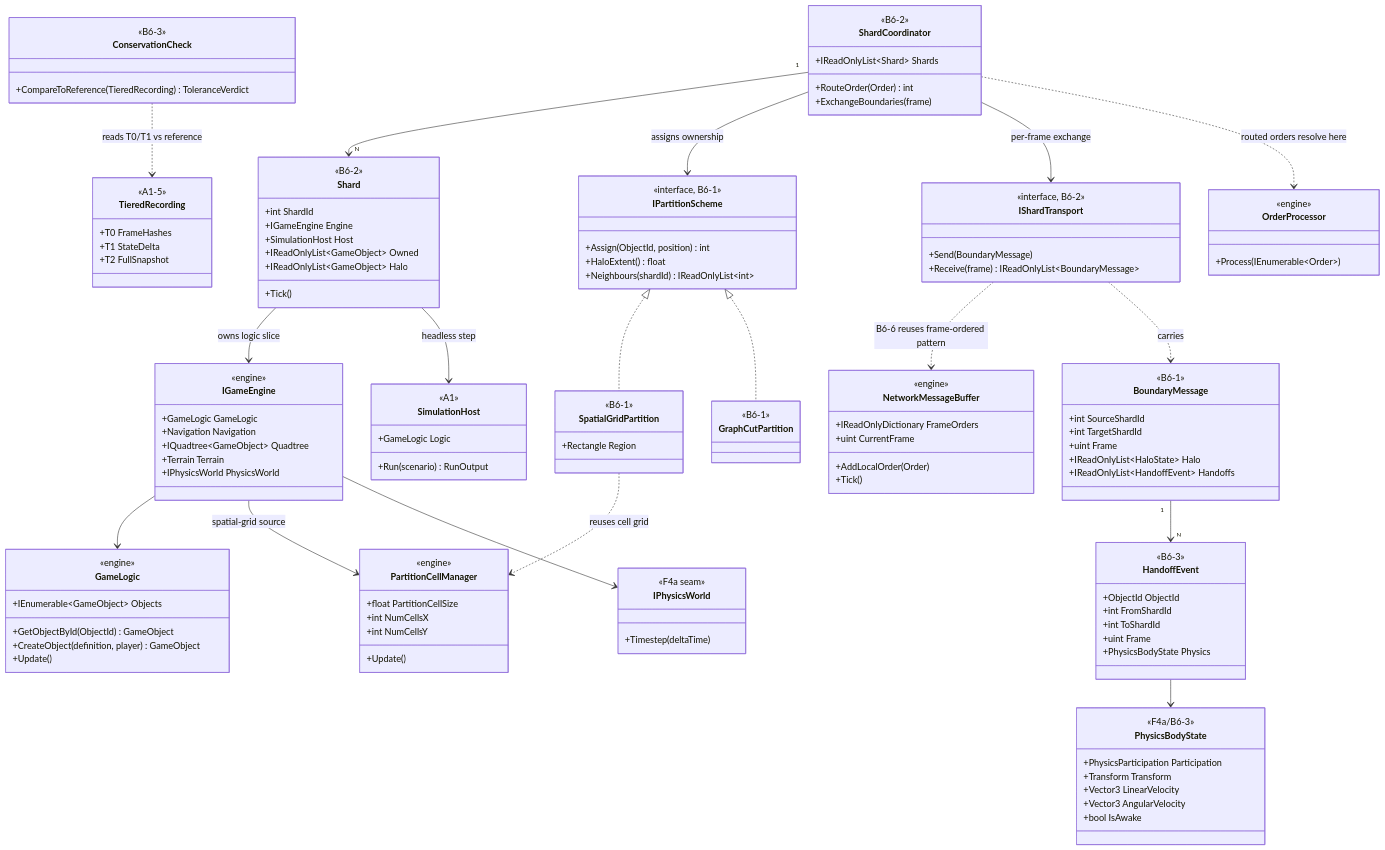
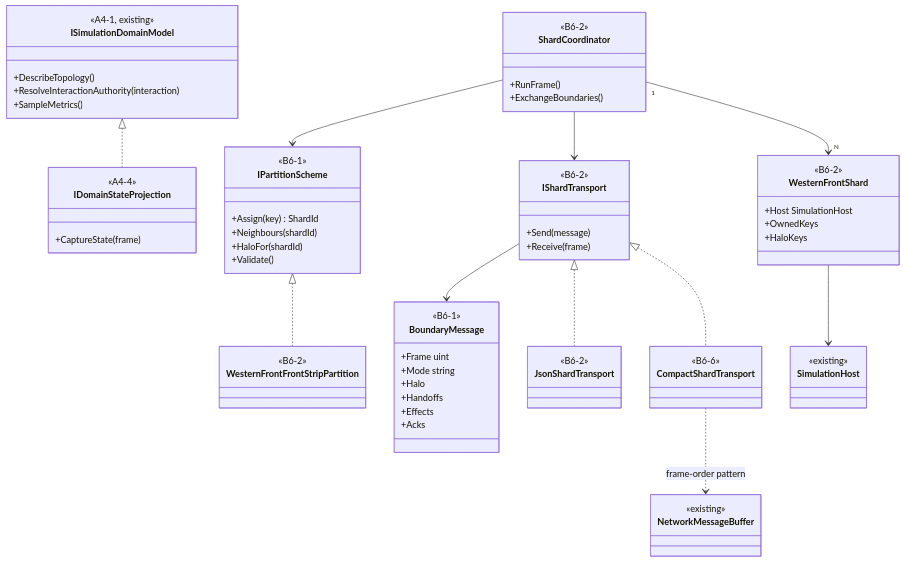
Before and after one commit to rmessinger/Panopticon: the first of 2 diagrams in docs/roadmap/deep-dives/b6-distributed-simulation.md, drawn with Mermaid. The commit also changed other lines of this file and 148 other files, not shown here.

First line of the commit message:
docs(roadmap): detail-first Western Front revision and cards for W1-W6, B1, B4a, B6, B7, H

````diff
--- a/docs/roadmap/deep-dives/b6-distributed-simulation.md
+++ b/docs/roadmap/deep-dives/b6-distributed-simulation.md
@@ -147,147 +125,71 @@
 ```mermaid
 classDiagram
-  class IGameEngine {
-    <<engine>>
-    +GameLogic GameLogic
-    +Navigation Navigation
-    +IQuadtree~GameObject~ Quadtree
-    +Terrain Terrain
-    +IPhysicsWorld PhysicsWorld
+  class ISimulationDomainModel {
+    <<A4-1, existing>>
+    +DescribeTopology()
+    +ResolveInteractionAuthority(interaction)
+    +SampleMetrics()
+  }
+  class IDomainStateProjection {
+    <<A4-4>>
+    +CaptureState(frame)
+  }
+  class IPartitionScheme {
+    <<B6-1>>
+    +Assign(key) ShardId
+    +Neighbours(shardId)
+    +HaloFor(shardId)
+    +Validate()
+  }
+  class WesternFrontFrontStripPartition {
+    <<B6-2>>
+  }
+  class BoundaryMessage {
+    <<B6-1>>
+    +Frame uint
+    +Mode string
+    +Halo
+    +Handoffs
+    +Effects
+    +Acks
+  }
+  class IShardTransport {
+    <<B6-2>>
+    +Send(message)
+    +Receive(frame)
+  }
+  class JsonShardTransport {
+    <<B6-2>>
+  }
+  class CompactShardTransport {
+    <<B6-6>>
+  }
+  class ShardCoordinator {
+    <<B6-2>>
+    +RunFrame()
+    +ExchangeBoundaries()
+  }
+  class SimulationHost {
+    <<existing>>
+  }
+  class WesternFrontShard {
+    <<B6-2>>
+    +Host SimulationHost
+    +OwnedKeys
+    +HaloKeys
+  }
+  class NetworkMessageBuffer {
+    <<existing>>
   }
 
-  class GameLogic {
-    <<engine>>
-    +IEnumerable~GameObject~ Objects
-    +GetObjectById(ObjectId) GameObject
-    +CreateObject(definition, player) GameObject
-    +Update()
-  }
-
-  class PartitionCellManager {
-    <<engine>>
-    +float PartitionCellSize
-    +int NumCellsX
-    +int NumCellsY
-    +Update()
-  }
-
-  class IPhysicsWorld {
-    <<F4a seam>>
-    +Timestep(deltaTime)
-  }
-
-  class OrderProcessor {
-    <<engine>>
-    +Process(IEnumerable~Order~)
-  }
-
-  class NetworkMessageBuffer {
-    <<engine>>
-    +IReadOnlyDictionary FrameOrders
-    +uint CurrentFrame
-    +AddLocalOrder(Order)
-    +Tick()
-  }
-
-  class SimulationHost {
-    <<A1>>
-    +GameLogic Logic
-    +Run(scenario) RunOutput
-  }
-
-  class TieredRecording {
-    <<A1-5>>
-    +T0 FrameHashes
-    +T1 StateDelta
-    +T2 FullSnapshot
-  }
-
-  class IPartitionScheme {
-    <<interface, B6-1>>
-    +Assign(ObjectId, position) int
-    +HaloExtent() float
-    +Neighbours(shardId) IReadOnlyList~int~
-  }
-
-  class SpatialGridPartition {
-    <<B6-1>>
-    +Rectangle Region
-  }
-
-  class GraphCutPartition {
-    <<B6-1>>
-  }
-
-  class Shard {
-    <<B6-2>>
-    +int ShardId
-    +IGameEngine Engine
-    +SimulationHost Host
-    +IReadOnlyList~GameObject~ Owned
-    +IReadOnlyList~GameObject~ Halo
-    +Tick()
-  }
-
-  class ShardCoordinator {
-    <<B6-2>>
-    +IReadOnlyList~Shard~ Shards
-    +RouteOrder(Order) int
-    +ExchangeBoundaries(frame)
-  }
-
-  class BoundaryMessage {
-    <<B6-1>>
-    +int SourceShardId
-    +int TargetShardId
-    +uint Frame
-    +IReadOnlyList~HaloState~ Halo
-    +IReadOnlyList~HandoffEvent~ Handoffs
-  }
-
-  class HandoffEvent {
-    <<B6-3>>
-    +ObjectId ObjectId
-    +int FromShardId
-    +int ToShardId
-    +uint Frame
-    +PhysicsBodyState Physics
-  }
-
-  class PhysicsBodyState {
-    <<F4a/B6-3>>
-    +PhysicsParticipation Participation
-    +Transform Transform
-    +Vector3 LinearVelocity
-    +Vector3 AngularVelocity
-    +bool IsAwake
-  }
-
-  class IShardTransport {
-    <<interface, B6-2>>
-    +Send(BoundaryMessage)
-    +Receive(frame) IReadOnlyList~BoundaryMessage~
-  }
-
-  class ConservationCheck {
-    <<B6-3>>
-    +CompareToReference(TieredRecording) ToleranceVerdict
-  }
-
-  IGameEngine --> GameLogic
-  IGameEngine --> PartitionCellManager : spatial-grid source
-  IGameEngine --> IPhysicsWorld
-  Shard --> IGameEngine : owns logic slice
-  Shard --> SimulationHost : headless step
-  IPartitionScheme <|.. SpatialGridPartition
-  IPartitionScheme <|.. GraphCutPartition
-  SpatialGridPartition ..> PartitionCellManager : reuses cell grid
-  ShardCoordinator "1" --> "N" Shard
-  ShardCoordinator --> IPartitionScheme : assigns ownership
-  ShardCoordinator --> IShardTransport : per-frame exchange
-  ShardCoordinator ..> OrderProcessor : routed orders resolve here
-  IShardTransport ..> NetworkMessageBuffer : B6-6 reuses frame-ordered pattern
-  IShardTransport ..> BoundaryMessage : carries
-  BoundaryMessage "1" --> "N" HandoffEvent
-  HandoffEvent --> PhysicsBodyState
-  ConservationCheck ..> TieredRecording : reads T0/T1 vs reference
+  ISimulationDomainModel <|.. IDomainStateProjection
+  IPartitionScheme <|.. WesternFrontFrontStripPartition
+  ShardCoordinator --> IPartitionScheme
+  ShardCoordinator "1" --> "N" WesternFrontShard
+  WesternFrontShard --> SimulationHost
+  ShardCoordinator --> IShardTransport
+  IShardTransport <|.. JsonShardTransport
+  IShardTransport <|.. CompactShardTransport
+  IShardTransport --> BoundaryMessage
+  CompactShardTransport ..> NetworkMessageBuffer : frame-order pattern
 ```
````
